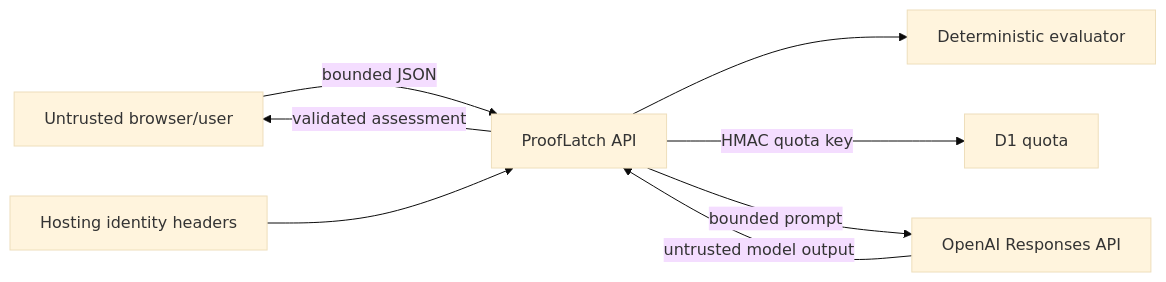
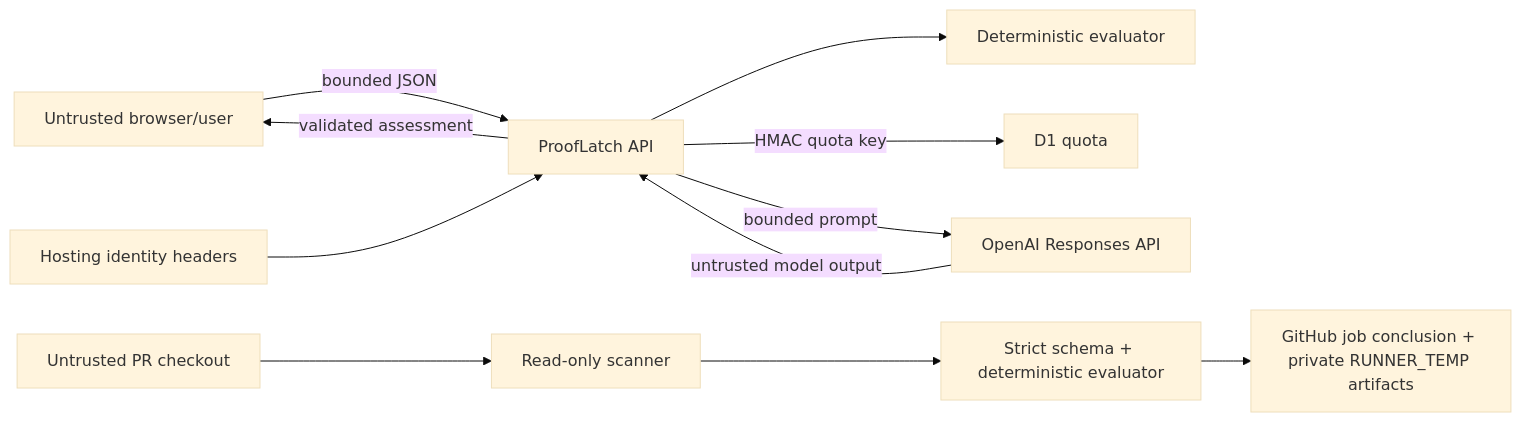
Before and after one commit to pakales/prooflatch: the diagram in docs/THREAT-MODEL.md, drawn with Mermaid (base theme). The commit also changed other lines of this file and 29 other files, not shown here.

Commit message:
feat: publish ProofLatch GitHub Action

````diff
--- a/docs/THREAT-MODEL.md
+++ b/docs/THREAT-MODEL.md
@@ -36,10 +39,14 @@
 ```mermaid
 flowchart LR
     U["Untrusted browser/user"] -->|bounded JSON| A["ProofLatch API"]
     H["Hosting identity headers"] --> A
     A --> D["Deterministic evaluator"]
     A -->|HMAC quota key| Q["D1 quota"]
     A -->|bounded prompt| O["OpenAI Responses API"]
     O -->|untrusted model output| A
     A -->|validated assessment| U
+
+    PR["Untrusted PR checkout"] --> S["Read-only scanner"]
+    S --> V["Strict schema + deterministic evaluator"]
+    V --> J["GitHub job conclusion + private RUNNER_TEMP artifacts"]
 ```
````
